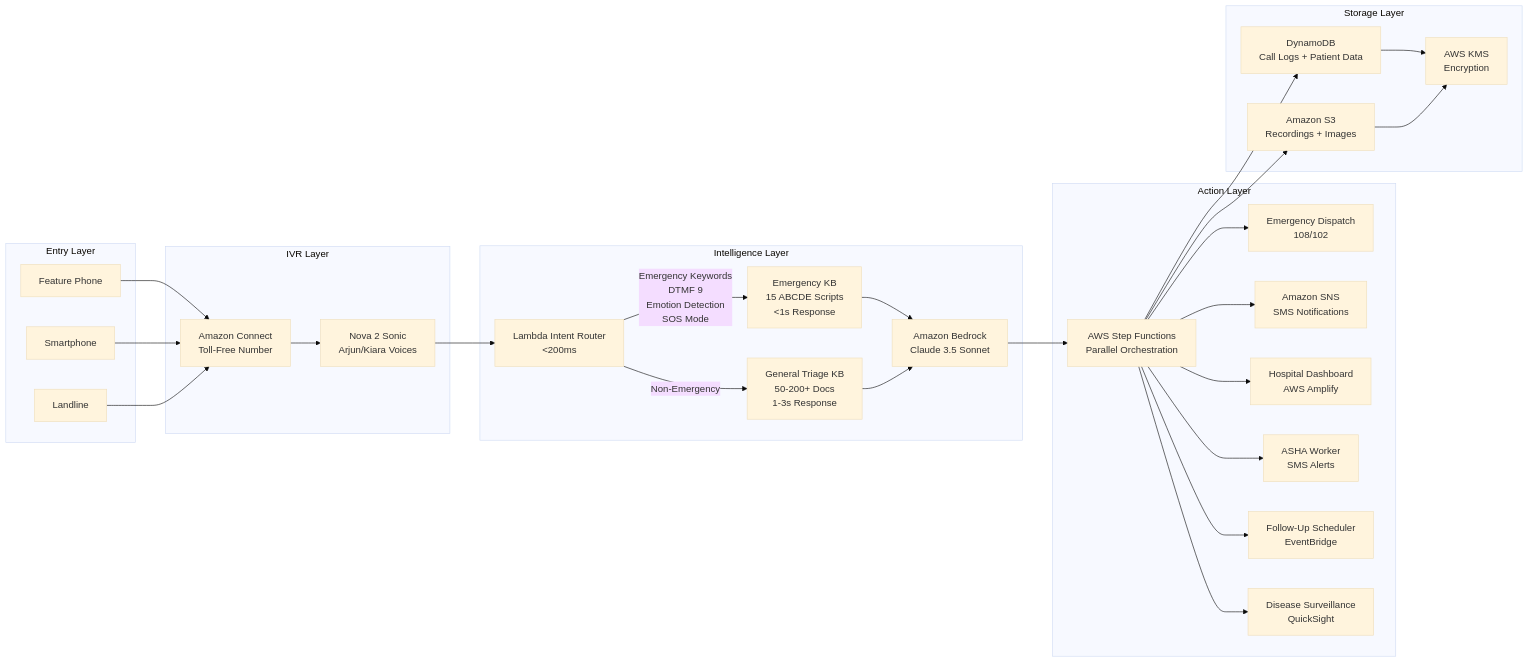
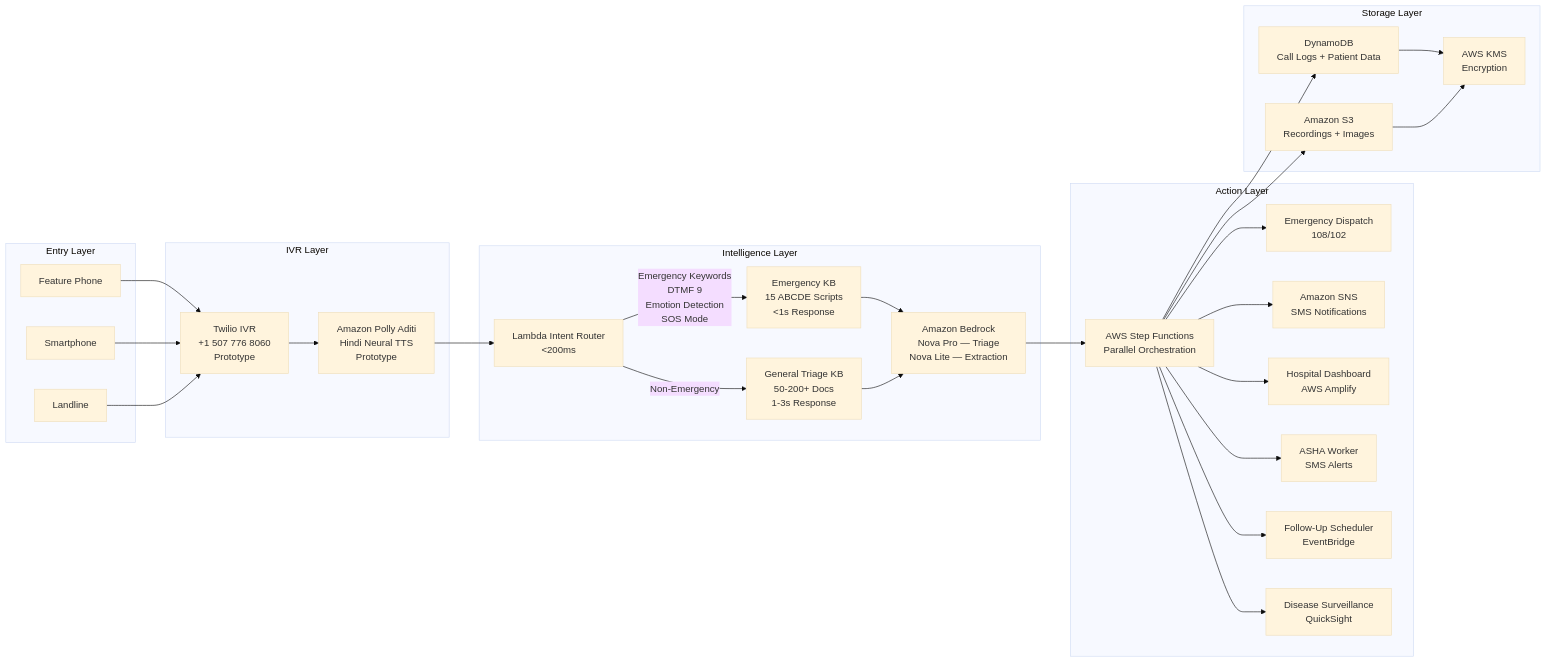
One commit to subhash1208/SavyaSachi changed the first of 4 diagrams in .kiro/specs/vaidyavaani-ivr-health-assistant/design.md. Above: the diagram before and after it, drawn with Mermaid (base theme). The commit also changed other lines of this file and 17 other files, not shown here.

````diff
--- a/.kiro/specs/vaidyavaani-ivr-health-assistant/design.md
+++ b/.kiro/specs/vaidyavaani-ivr-health-assistant/design.md
@@ -18,57 +18,57 @@
 ```mermaid
 graph LR
     subgraph Entry["Entry Layer"]
         FP[Feature Phone]
         SP[Smartphone]
         LL[Landline]
     end
 
     subgraph IVR["IVR Layer"]
-        AC[Amazon Connect<br/>Toll-Free Number]
-        NS[Nova 2 Sonic<br/>Arjun/Kiara Voices]
+        AC[Twilio IVR<br/>+1 507 776 8060<br/>Prototype]
+        NS[Amazon Polly Aditi<br/>Hindi Neural TTS<br/>Prototype]
     end
 
     subgraph Intelligence["Intelligence Layer"]
         IR[Lambda Intent Router<br/><200ms]
         EKB[Emergency KB<br/>15 ABCDE Scripts<br/><1s Response]
         GKB[General Triage KB<br/>50-200+ Docs<br/>1-3s Response]
-        BR[Amazon Bedrock<br/>Claude 3.5 Sonnet]
+        BR[Amazon Bedrock<br/>Nova Pro — Triage<br/>Nova Lite — Extraction]
     end
 
     subgraph Actions["Action Layer"]
         SF[AWS Step Functions<br/>Parallel Orchestration]
         DISP[Emergency Dispatch<br/>108/102]
         SMS[Amazon SNS<br/>SMS Notifications]
         HD[Hospital Dashboard<br/>AWS Amplify]
         ASHA[ASHA Worker<br/>SMS Alerts]
         FU[Follow-Up Scheduler<br/>EventBridge]
         DS[Disease Surveillance<br/>QuickSight]
     end
 
     subgraph Storage["Storage Layer"]
         DDB[DynamoDB<br/>Call Logs + Patient Data]
         S3[Amazon S3<br/>Recordings + Images]
         KMS[AWS KMS<br/>Encryption]
     end
 
     FP --> AC
     SP --> AC
     LL --> AC
     AC --> NS
     NS --> IR
     IR -->|Emergency Keywords<br/>DTMF 9<br/>Emotion Detection<br/>SOS Mode| EKB
     IR -->|Non-Emergency| GKB
     EKB --> BR
     GKB --> BR
     BR --> SF
     SF --> DISP
     SF --> SMS
     SF --> HD
     SF --> ASHA
     SF --> FU
     SF --> DS
     SF --> DDB
     SF --> S3
     DDB --> KMS
     S3 --> KMS
 ```
````
